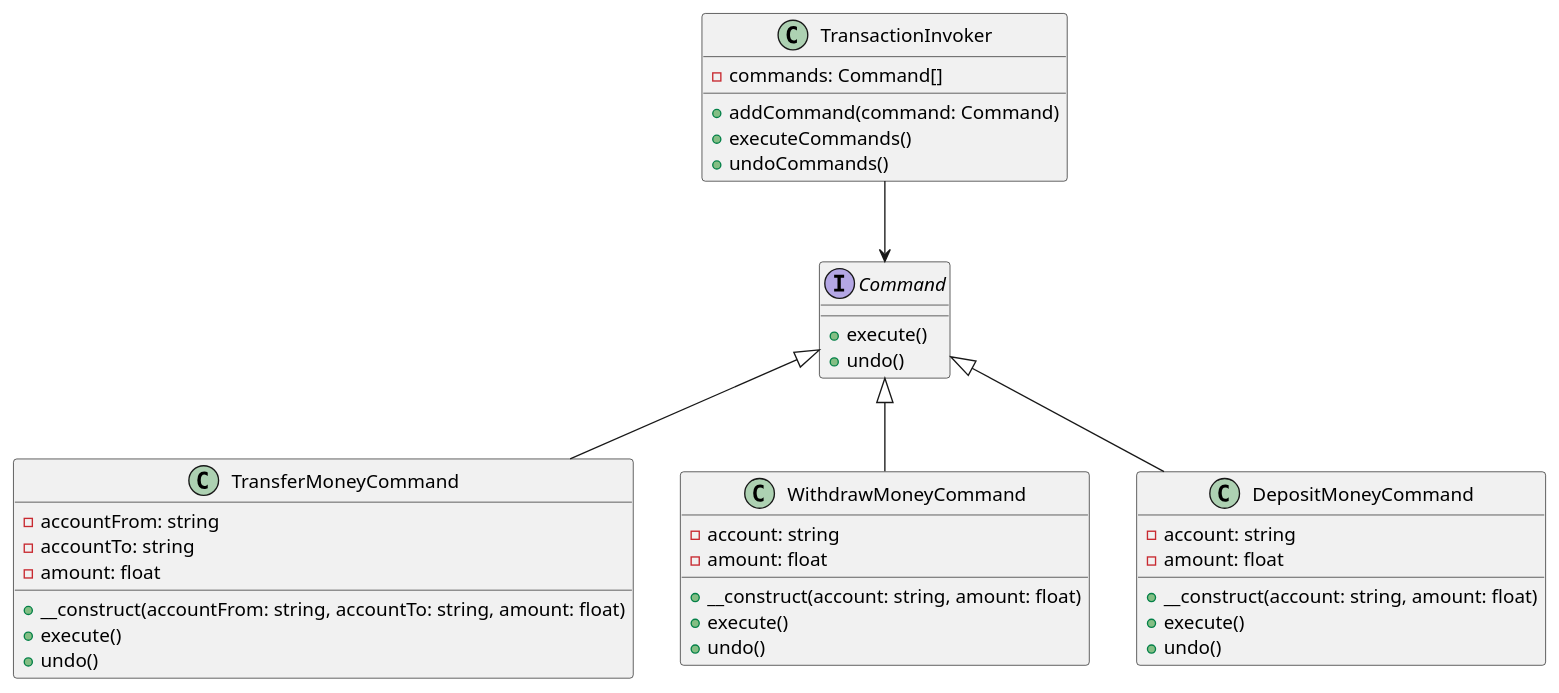
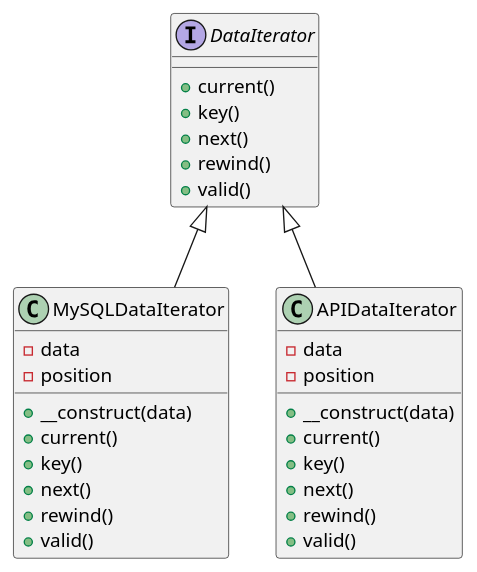
Before and after one commit to andrewovchinnikov/design-patterns: the diagram in klassifikaciya-patternov/povedencheskie-patterny-behavioral-patterns/iterator-iterator/primery/integraciya-dannykh-iz-razlichnykh-istochnikov/php.md, drawn with PlantUML. The commit also changed other lines of this file and 101 other files, not shown here.

````diff
--- a/klassifikaciya-patternov/povedencheskie-patterny-behavioral-patterns/iterator-iterator/primery/integraciya-dannykh-iz-razlichnykh-istochnikov/php.md
+++ b/klassifikaciya-patternov/povedencheskie-patterny-behavioral-patterns/iterator-iterator/primery/integraciya-dannykh-iz-razlichnykh-istochnikov/php.md
@@ -148,47 +135,38 @@
 ```plantuml
 @startuml
 
-interface Command {
-    +execute()
-    +undo()
+interface DataIterator {
+    +current()
+    +key()
+    +next()
+    +rewind()
+    +valid()
 }
 
-class TransferMoneyCommand {
-    -accountFrom: string
-    -accountTo: string
-    -amount: float
-    +__construct(accountFrom: string, accountTo: string, amount: float)
-    +execute()
-    +undo()
+class MySQLDataIterator {
+    -data
+    -position
+    +__construct(data)
+    +current()
+    +key()
+    +next()
+    +rewind()
+    +valid()
 }
 
-class WithdrawMoneyCommand {
-    -account: string
-    -amount: float
-    +__construct(account: string, amount: float)
-    +execute()
-    +undo()
+class APIDataIterator {
+    -data
+    -position
+    +__construct(data)
+    +current()
+    +key()
+    +next()
+    +rewind()
+    +valid()
 }
 
-class DepositMoneyCommand {
-    -account: string
-    -amount: float
-    +__construct(account: string, amount: float)
-    +execute()
-    +undo()
-}
-
-class TransactionInvoker {
-    -commands: Command[]
-    +addCommand(command: Command)
-    +executeCommands()
-    +undoCommands()
-}
-
-Command <|-- TransferMoneyCommand
-Command <|-- WithdrawMoneyCommand
-Command <|-- DepositMoneyCommand
-TransactionInvoker --> Command
+DataIterator <|-- MySQLDataIterator
+DataIterator <|-- APIDataIterator
 
 @enduml
 ```
````
